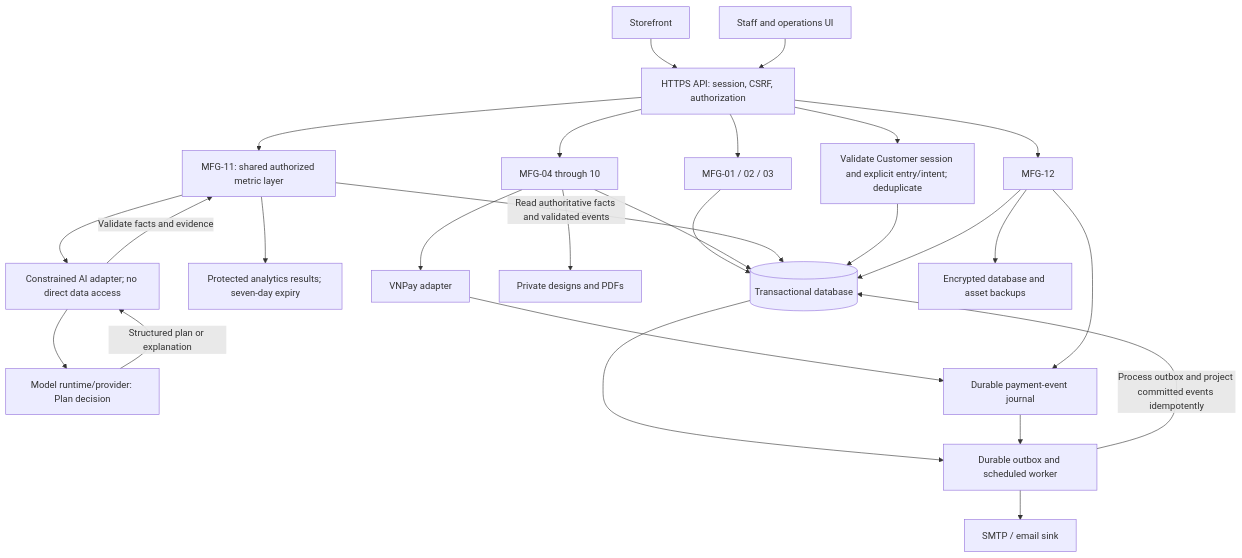
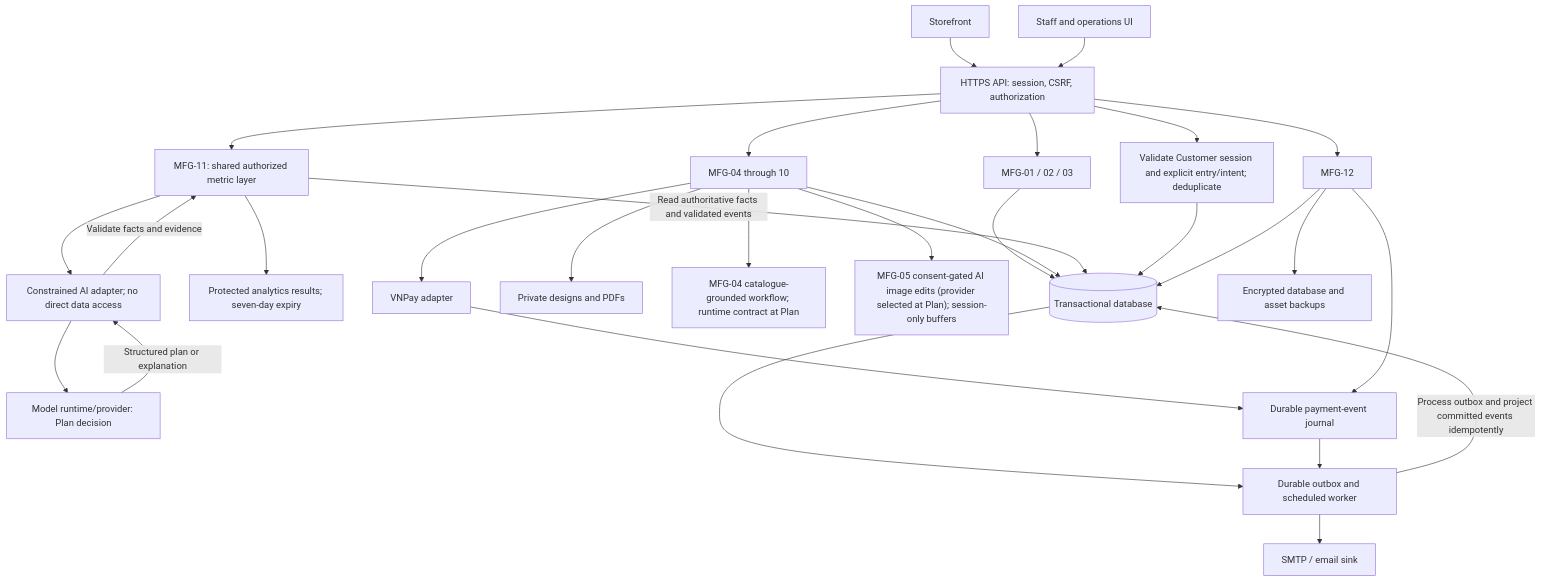
One commit to ankhanhwork/weavelink-project changed the diagram in docs/spec/docs/architecture/system-configuration.md. Above: the diagram before and after it, drawn with Mermaid. The commit also changed other lines of this file and 235 other files, not shown here.

````diff
--- a/docs/spec/docs/architecture/system-configuration.md
+++ b/docs/spec/docs/architecture/system-configuration.md
@@ -5,29 +5,31 @@
 ```mermaid
 flowchart TD
     PublicUI["Storefront"] --> Edge["HTTPS API: session, CSRF, authorization"]
     StaffUI["Staff and operations UI"] --> Edge
     Edge --> Identity["MFG-01 / 02 / 03"]
     Edge --> Business["MFG-04 through 10"]
     Edge --> Analytics["MFG-11: shared authorized metric layer"]
     Edge --> Ops["MFG-12"]
     Identity --> DB[("Transactional database")]
     Business --> DB
     Analytics -->|Read authoritative facts and validated events| DB
     Analytics --> Results["Protected analytics results; seven-day expiry"]
     Analytics --> AI["Constrained AI adapter; no direct data access"]
     AI --> Model["Model runtime/provider: Plan decision"]
     Model -->|Structured plan or explanation| AI
     AI -->|Validate facts and evidence| Analytics
     Edge --> Collector["Validate Customer session and explicit entry/intent; deduplicate"]
     Collector --> DB
     Ops --> DB
     Business --> Assets["Private designs and PDFs"]
+    Business --> CatalogAI["MFG-04 catalogue-grounded workflow; runtime contract at Plan"]
+    Business --> TryOn["MFG-05 consent-gated AI image edits (provider selected at Plan); session-only buffers"]
     DB --> Worker["Durable outbox and scheduled worker"]
     Worker --> Mail["SMTP / email sink"]
     Business --> VNPay["VNPay adapter"]
     VNPay --> Journal["Durable payment-event journal"]
     Journal --> Worker
     Worker -->|Process outbox and project committed events idempotently| DB
     Ops --> Backups["Encrypted database and asset backups"]
     Ops --> Journal
 ```
````
